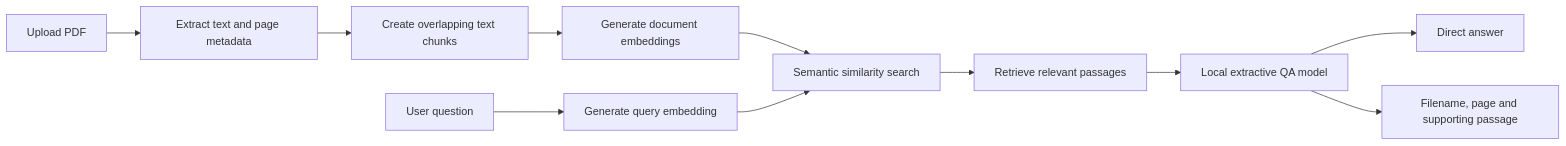
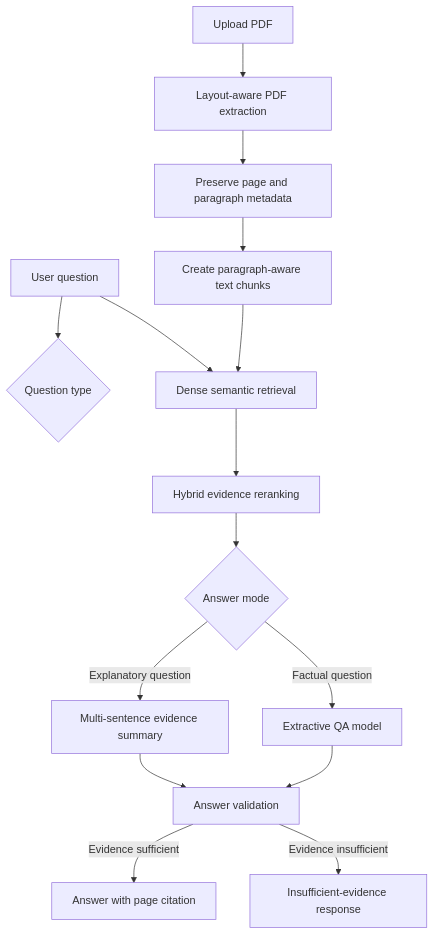
Before and after one commit to alongholyalone-hue/codespaces-blank: the diagram in README.md, drawn with Mermaid.

Commit message:
docs: add current system architecture diagram

````diff
--- a/README.md
+++ b/README.md
@@ -75,16 +75,22 @@
 ```mermaid
-flowchart LR
-    A[Upload PDF] --> B[Extract text and page metadata]
-    B --> C[Create overlapping text chunks]
-    C --> D[Generate document embeddings]
+flowchart TD
+    A[Upload PDF] --> B[Layout-aware PDF extraction]
+    B --> C[Preserve page and paragraph metadata]
+    C --> D[Create paragraph-aware text chunks]
 
-    Q[User question] --> E[Generate query embedding]
+    E[User question] --> F{Question type}
+    D --> G[Dense semantic retrieval]
+    E --> G
 
-    D --> F[Semantic similarity search]
-    E --> F
+    G --> H[Hybrid evidence reranking]
+    H --> I{Answer mode}
 
-    F --> G[Retrieve relevant passages]
-    G --> H[Local extractive QA model]
-    H --> I[Direct answer]
-    H --> J[Filename, page and supporting passage]
+    I -->|Factual question| J[Extractive QA model]
+    I -->|Explanatory question| K[Multi-sentence evidence summary]
+
+    J --> L[Answer validation]
+    K --> L
+
+    L -->|Evidence sufficient| M[Answer with page citation]
+    L -->|Evidence insufficient| N[Insufficient-evidence response]
 ```
````
